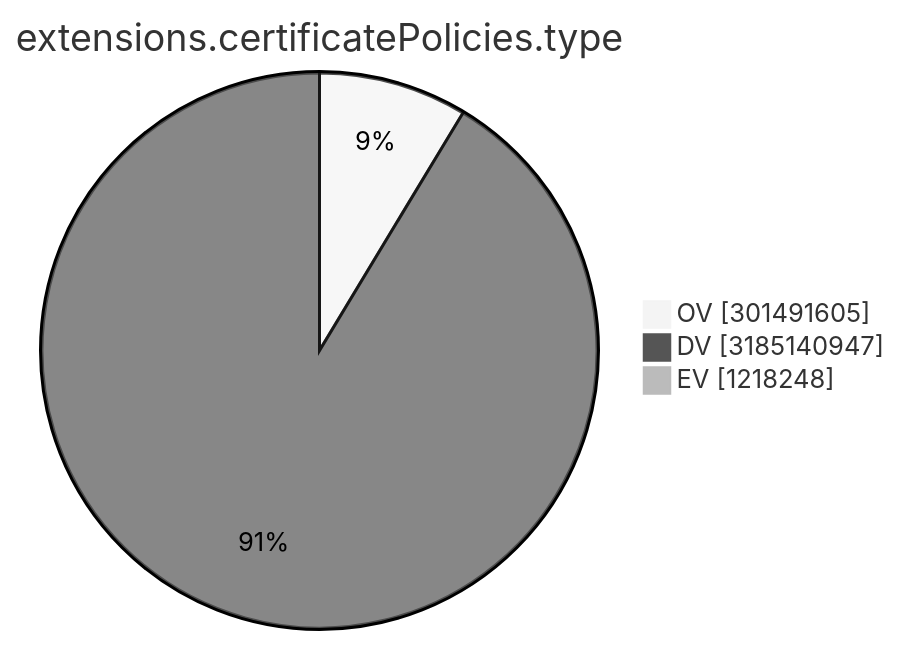
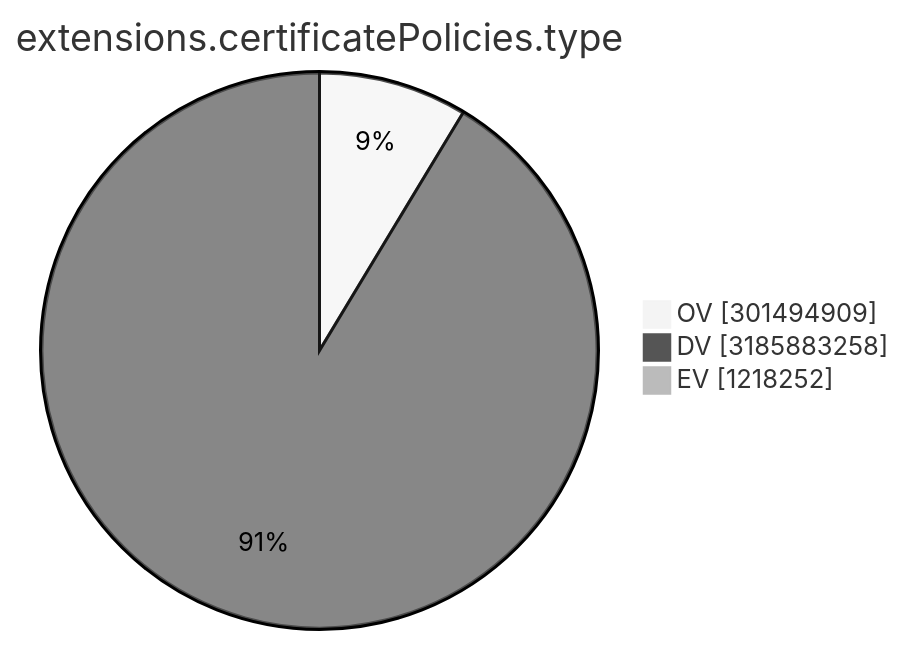
One commit to christiankrug/ctmonitor_visualization changed the ninth of 15 diagrams in TOTAL/README.md. Above: the diagram before and after it, drawn with Mermaid (neutral theme). The commit also changed other lines of this file, not shown here.

````diff
--- a/TOTAL/README.md
+++ b/TOTAL/README.md
@@ -3106,7 +3106,7 @@
 ```mermaid
 pie showData
 title extensions.certificatePolicies.type
-"OV" :301491605
-"DV" :3185140947
-"EV" :1218248
+"OV" :301494909
+"DV" :3185883258
+"EV" :1218252
 ```
````
